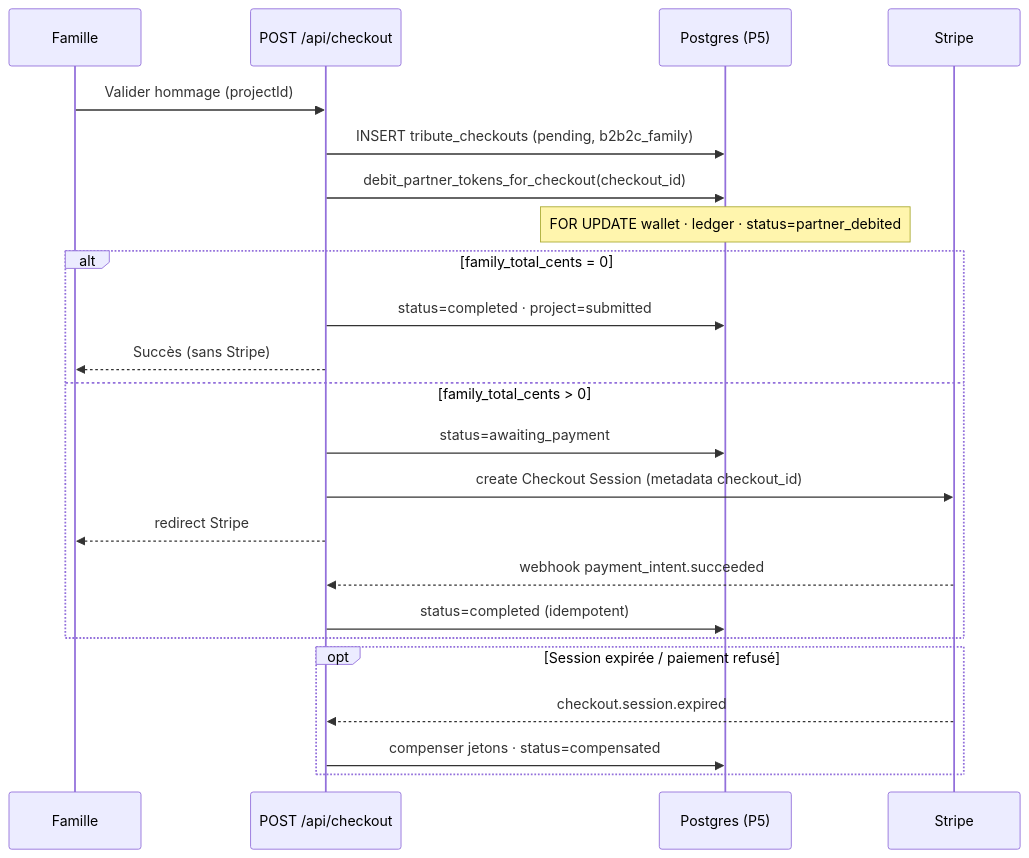
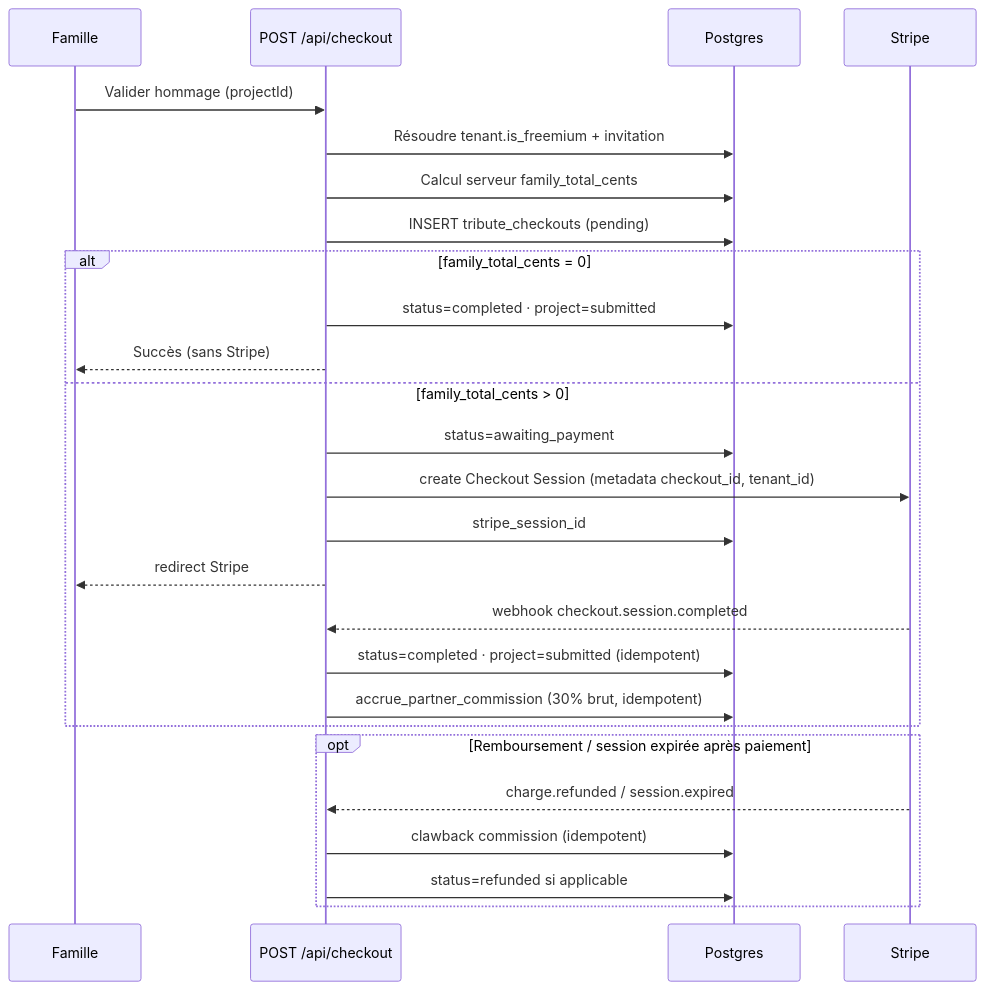
Before and after one commit to Lyra-OD/odyssey-web: the diagram in docs/B2B2C_COMMERCE.md, drawn with Mermaid. The commit also changed other lines of this file and 12 other files, not shown here.

````diff
--- a/docs/B2B2C_COMMERCE.md
+++ b/docs/B2B2C_COMMERCE.md
@@ -154,28 +323,31 @@
 ```mermaid
 sequenceDiagram
   participant F as Famille
   participant API as POST /api/checkout
-  participant DB as Postgres (P5)
+  participant DB as Postgres
   participant S as Stripe
 
   F->>API: Valider hommage (projectId)
-  API->>DB: INSERT tribute_checkouts (pending, b2b2c_family)
-  API->>DB: debit_partner_tokens_for_checkout(checkout_id)
-  Note over DB: FOR UPDATE wallet · ledger · status=partner_debited
+  API->>DB: Résoudre tenant.is_freemium + invitation
+  API->>DB: Calcul serveur family_total_cents
+  API->>DB: INSERT tribute_checkouts (pending)
 
   alt family_total_cents = 0
     API->>DB: status=completed · project=submitted
     API-->>F: Succès (sans Stripe)
   else family_total_cents > 0
     API->>DB: status=awaiting_payment
-    API->>S: create Checkout Session (metadata checkout_id)
+    API->>S: create Checkout Session (metadata checkout_id, tenant_id)
+    API->>DB: stripe_session_id
     API-->>F: redirect Stripe
-    S-->>API: webhook payment_intent.succeeded
-    API->>DB: status=completed (idempotent)
+    S-->>API: webhook checkout.session.completed
+    API->>DB: status=completed · project=submitted (idempotent)
+    API->>DB: accrue_partner_commission (30% brut, idempotent)
   end
 
-  opt Session expirée / paiement refusé
-    S-->>API: checkout.session.expired
-    API->>DB: compenser jetons · status=compensated
+  opt Remboursement / session expirée après paiement
+    S-->>API: charge.refunded / session.expired
+    API->>DB: clawback commission (idempotent)
+    API->>DB: status=refunded si applicable
   end
 ```
````
